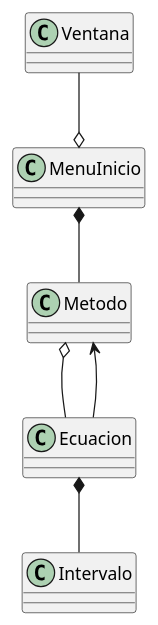
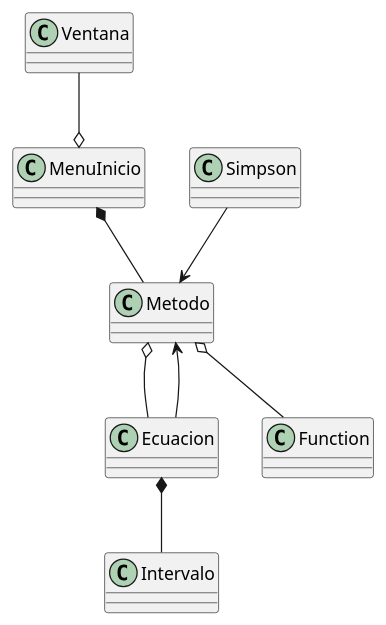
One commit to Diego0275/Simpson1-3 changed the diagram in Docs/Simpson.puml. Above: the diagram before and after it, drawn with PlantUML.

```diff
--- a/Docs/Simpson.puml
+++ b/Docs/Simpson.puml
@@ -1,13 +1,15 @@
 @startuml Simpson
 class Ventana
 class MenuInicio
 class Metodo
 class Ecuacion
 class Intervalo
 
 Ventana --o MenuInicio
 MenuInicio *-- Metodo
 Metodo o-- Ecuacion
+Simpson --> Metodo
 Ecuacion --> Metodo 
+Metodo o-- Function
 Ecuacion *-- Intervalo
 @enduml
```
